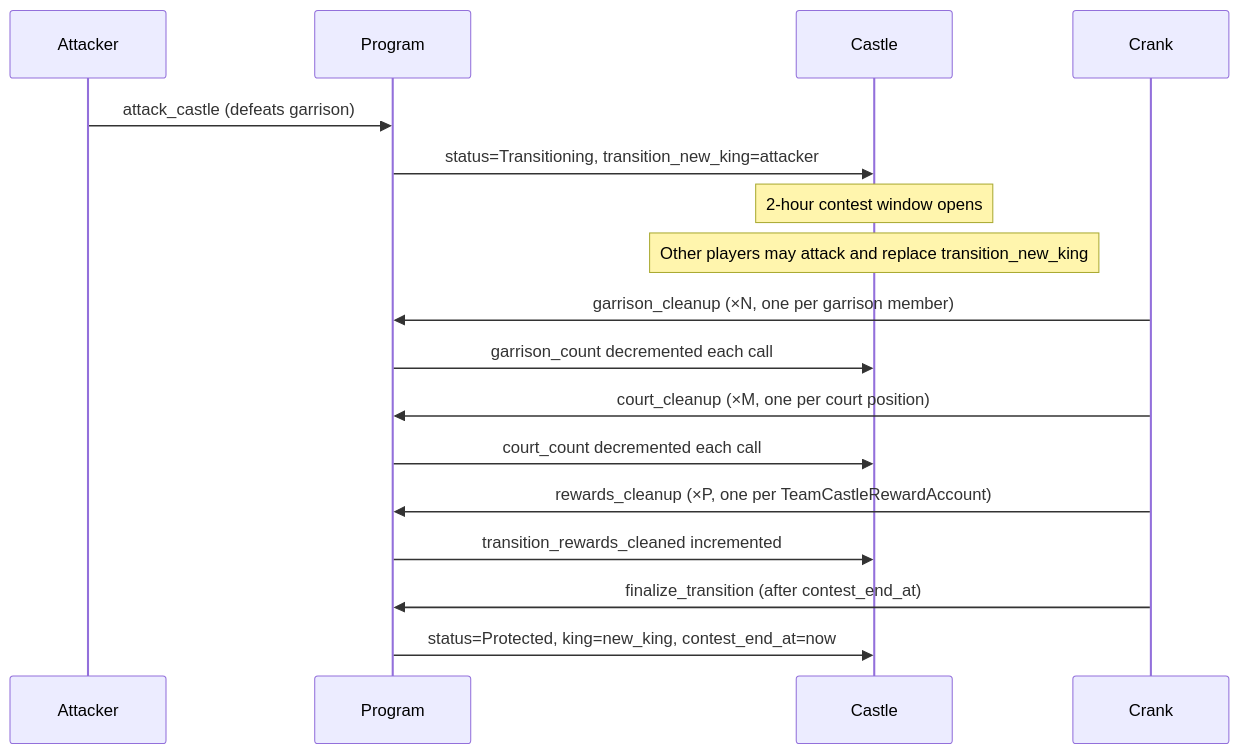
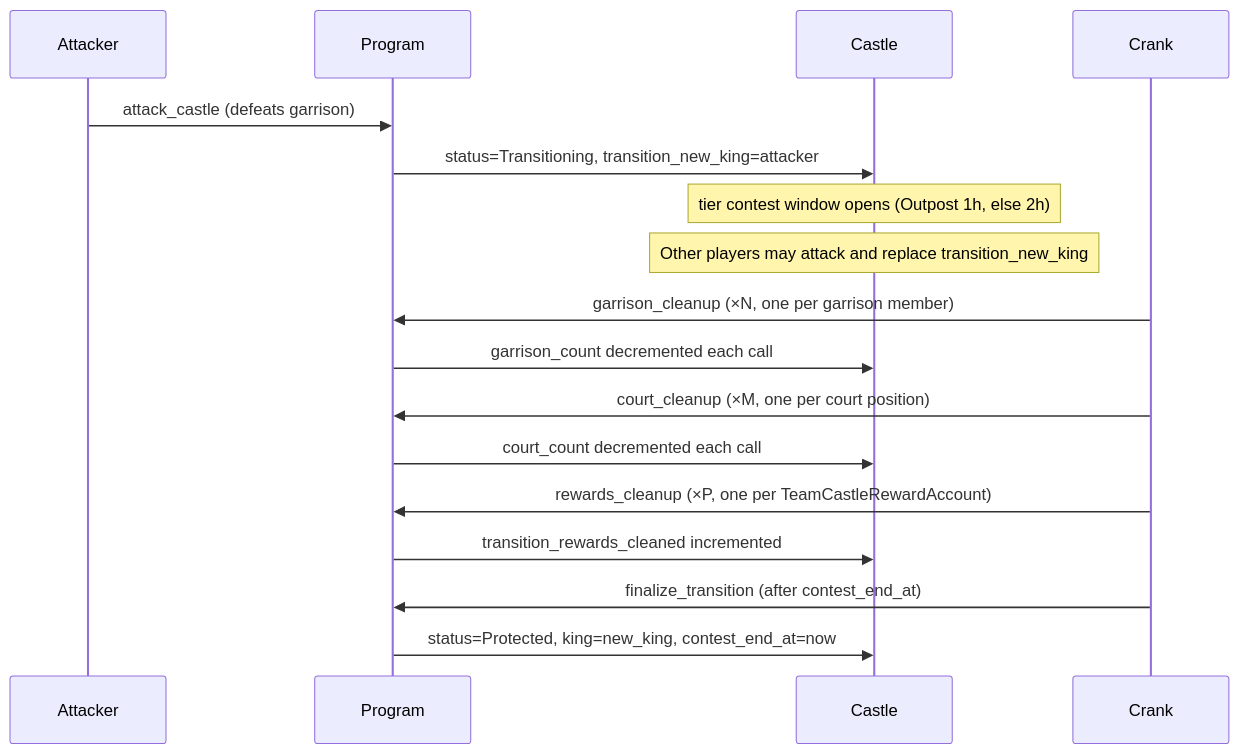
The eighth of 12 diagrams in docs/onchain/04-systems/castle.md (crypt0miester/novus-mundus), drawn with Mermaid before and after one commit. The commit also changed other lines of this file and 26 other files, not shown here.

Commit message:
Castles: tier-scaled protection/contest, uniform garrison, finalize registry fix, faster crank; docs and tests updated

````diff
--- a/docs/onchain/04-systems/castle.md
+++ b/docs/onchain/04-systems/castle.md
@@ -622,24 +627,24 @@
 ```mermaid
 sequenceDiagram
     participant Attacker
     participant Program
     participant Castle
     participant Crank
 
     Attacker->>Program: attack_castle (defeats garrison)
     Program->>Castle: status=Transitioning, transition_new_king=attacker
-    Note over Castle: 2-hour contest window opens
+    Note over Castle: tier contest window opens (Outpost 1h, else 2h)
     Note over Castle: Other players may attack and replace transition_new_king
 
     Crank->>Program: garrison_cleanup (×N, one per garrison member)
     Program->>Castle: garrison_count decremented each call
 
     Crank->>Program: court_cleanup (×M, one per court position)
     Program->>Castle: court_count decremented each call
 
     Crank->>Program: rewards_cleanup (×P, one per TeamCastleRewardAccount)
     Program->>Castle: transition_rewards_cleaned incremented
 
     Crank->>Program: finalize_transition (after contest_end_at)
     Program->>Castle: status=Protected, king=new_king, contest_end_at=now
 ```
````
